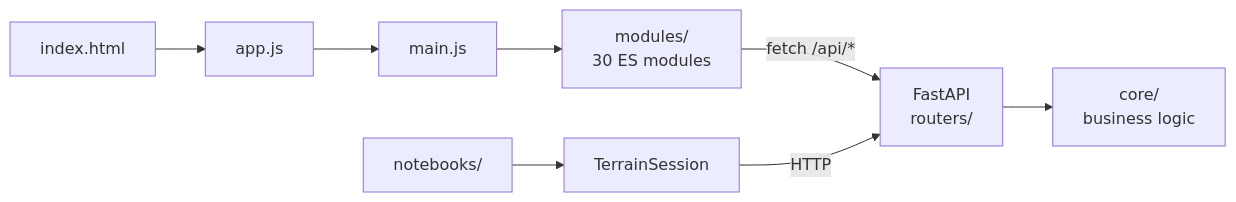
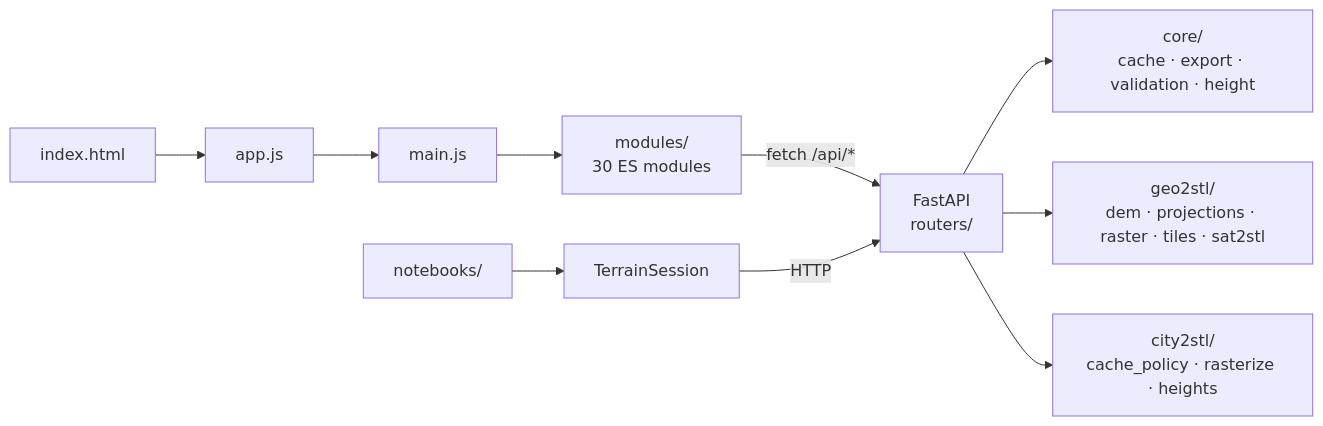
The first of 24 diagrams in docs/arch.md (EdgarCardenasDeLaHoz/map2stl), drawn with Mermaid before and after one commit. The commit also changed other lines of this file and 8 other files, not shown here.

````diff
--- a/docs/arch.md
+++ b/docs/arch.md
@@ -26,10 +26,12 @@
 ```mermaid
 flowchart LR
     HTML["index.html"] --> APP["app.js"]
     APP --> MAIN["main.js"]
     MAIN --> MODS["modules/<br/>30 ES modules"]
     MODS -->|"fetch /api/*"| ROUTERS["FastAPI<br/>routers/"]
-    ROUTERS --> CORE["core/<br/>business logic"]
+    ROUTERS --> CORE["core/<br/>cache · export · validation · height"]
+    ROUTERS --> GEO["geo2stl/<br/>dem · projections · raster · tiles · sat2stl"]
+    ROUTERS --> CITY["city2stl/<br/>cache_policy · rasterize · heights"]
     SESSION["TerrainSession"] -->|HTTP| ROUTERS
     NB["notebooks/"] --> SESSION
 ```
````
